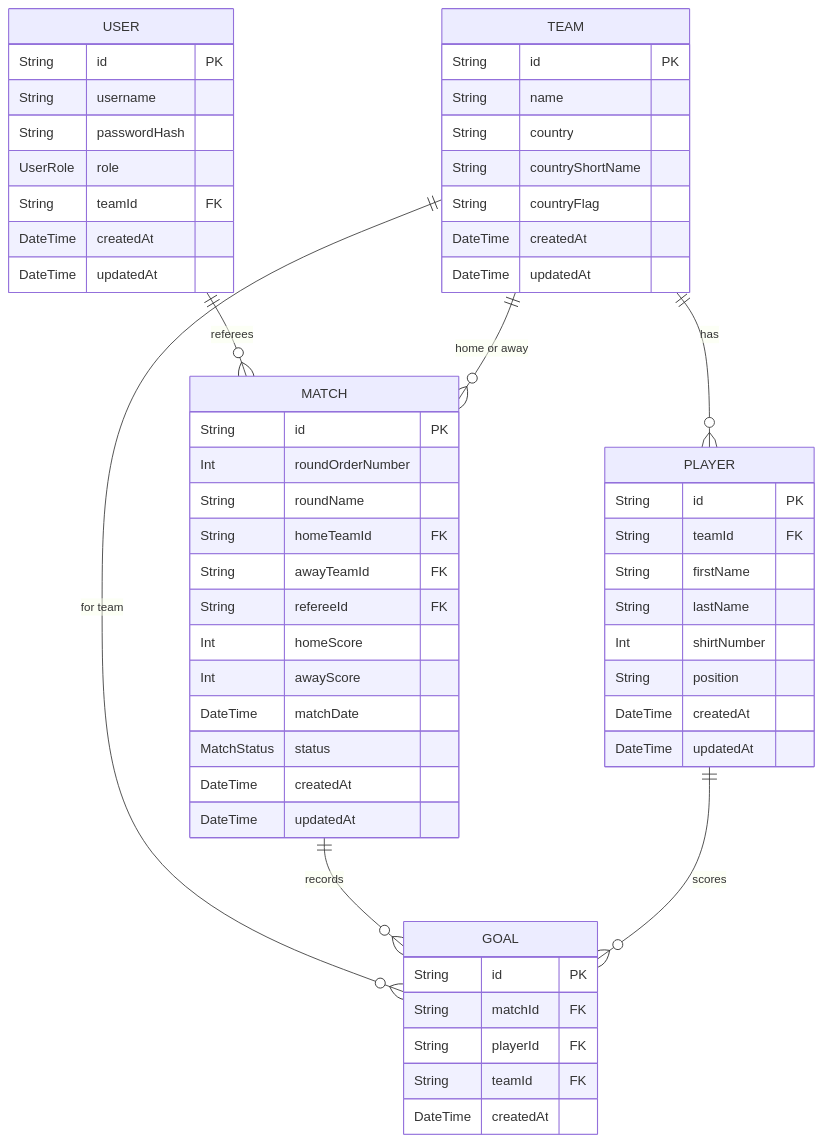
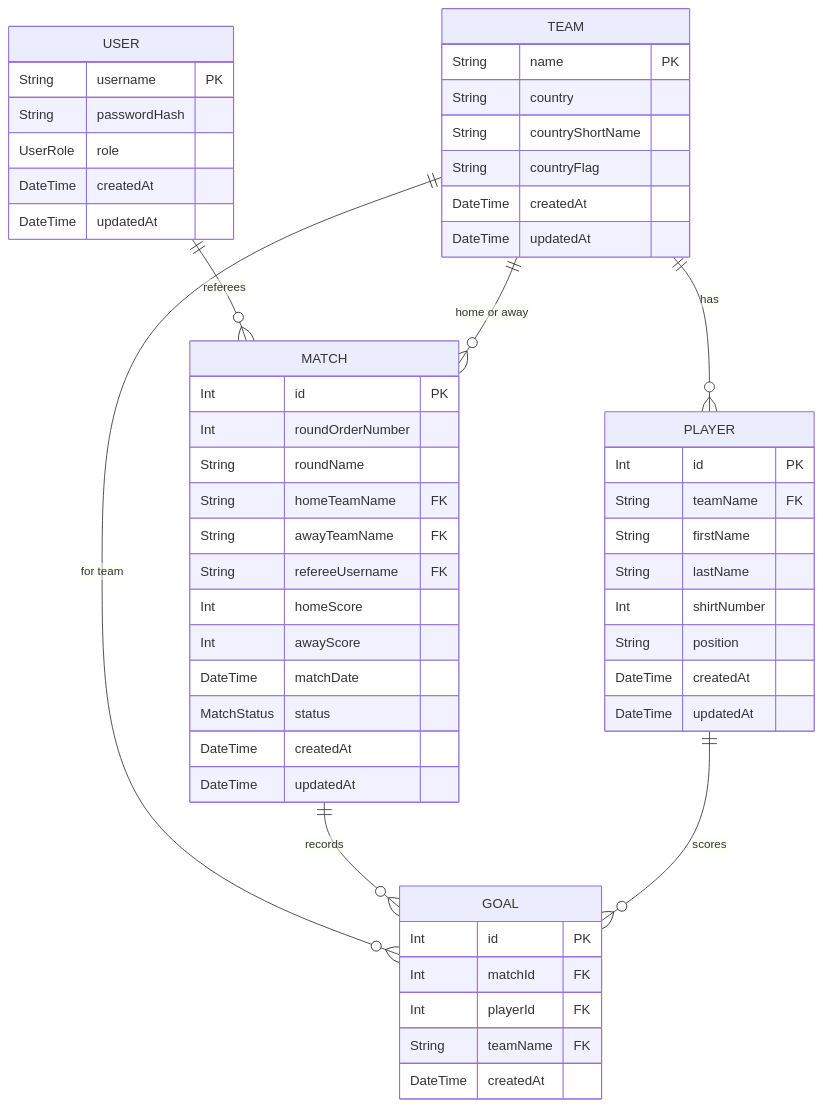
The third of 3 diagrams in analysis/project_schema.md (sanderkerkhofs/worldcup-manager-2026), drawn with Mermaid before and after one commit. The commit also changed other lines of this file and 5 other files, not shown here.

First line of the commit message:
Add conceptual and logical ERD diagrams for the database schema

````diff
--- a/analysis/project_schema.md
+++ b/analysis/project_schema.md
@@ -243,63 +241,60 @@
 ```mermaid
 erDiagram
   USER {
-    String id PK
-    String username
+    String username PK
     String passwordHash
     UserRole role
-    String teamId FK
     DateTime createdAt
     DateTime updatedAt
   }
 
   TEAM {
-    String id PK
-    String name
+    String name PK
     String country
     String countryShortName
     String countryFlag
     DateTime createdAt
     DateTime updatedAt
   }
 
   MATCH {
-    String id PK
+    Int id PK
     Int roundOrderNumber
     String roundName
-    String homeTeamId FK
-    String awayTeamId FK
-    String refereeId FK
+    String homeTeamName FK
+    String awayTeamName FK
+    String refereeUsername FK
     Int homeScore
     Int awayScore
     DateTime matchDate
     MatchStatus status
     DateTime createdAt
     DateTime updatedAt
   }
 
   PLAYER {
-    String id PK
-    String teamId FK
+    Int id PK
+    String teamName FK
     String firstName
     String lastName
     Int shirtNumber
     String position
     DateTime createdAt
     DateTime updatedAt
   }
 
   GOAL {
-    String id PK
-    String matchId FK
-    String playerId FK
-    String teamId FK
+    Int id PK
+    Int matchId FK
+    Int playerId FK
+    String teamName FK
     DateTime createdAt
   }
 
   USER ||--o{ MATCH : referees
   TEAM ||--o{ PLAYER : has
   TEAM ||--o{ GOAL : "for team"
   TEAM ||--o{ MATCH : "home or away"
   MATCH ||--o{ GOAL : records
   PLAYER ||--o{ GOAL : scores
 ```
````
